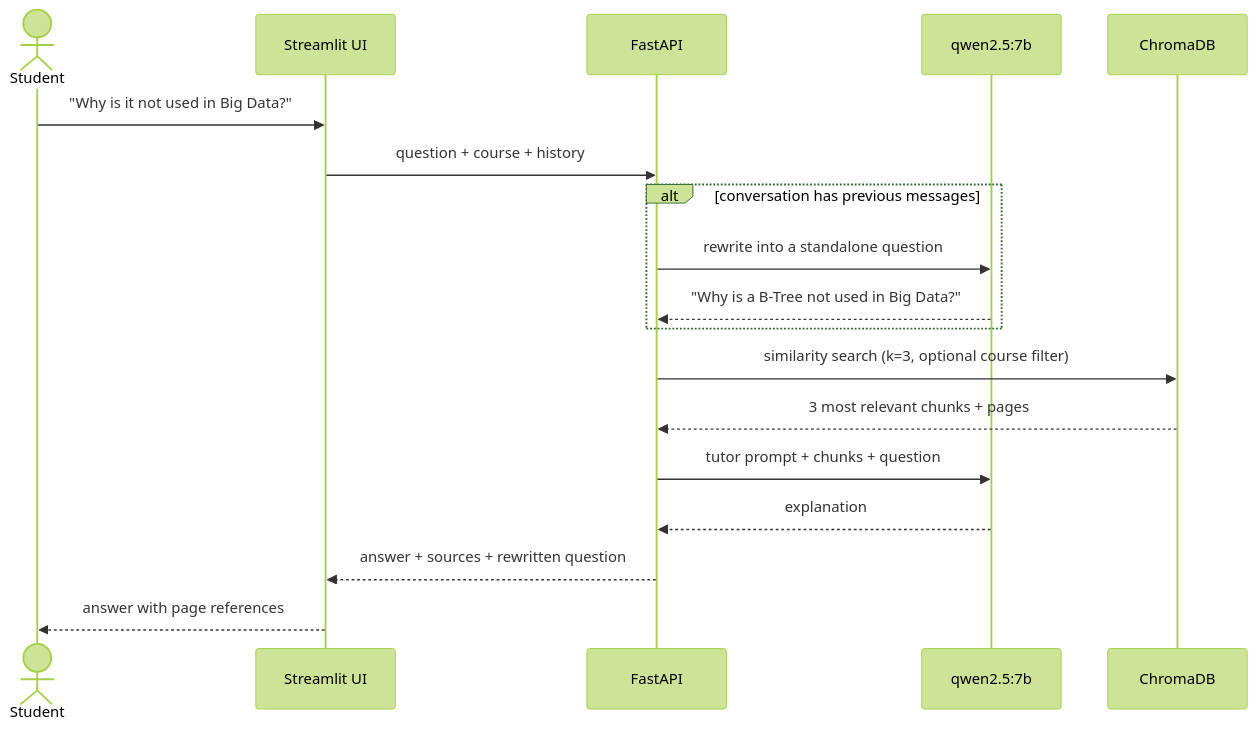
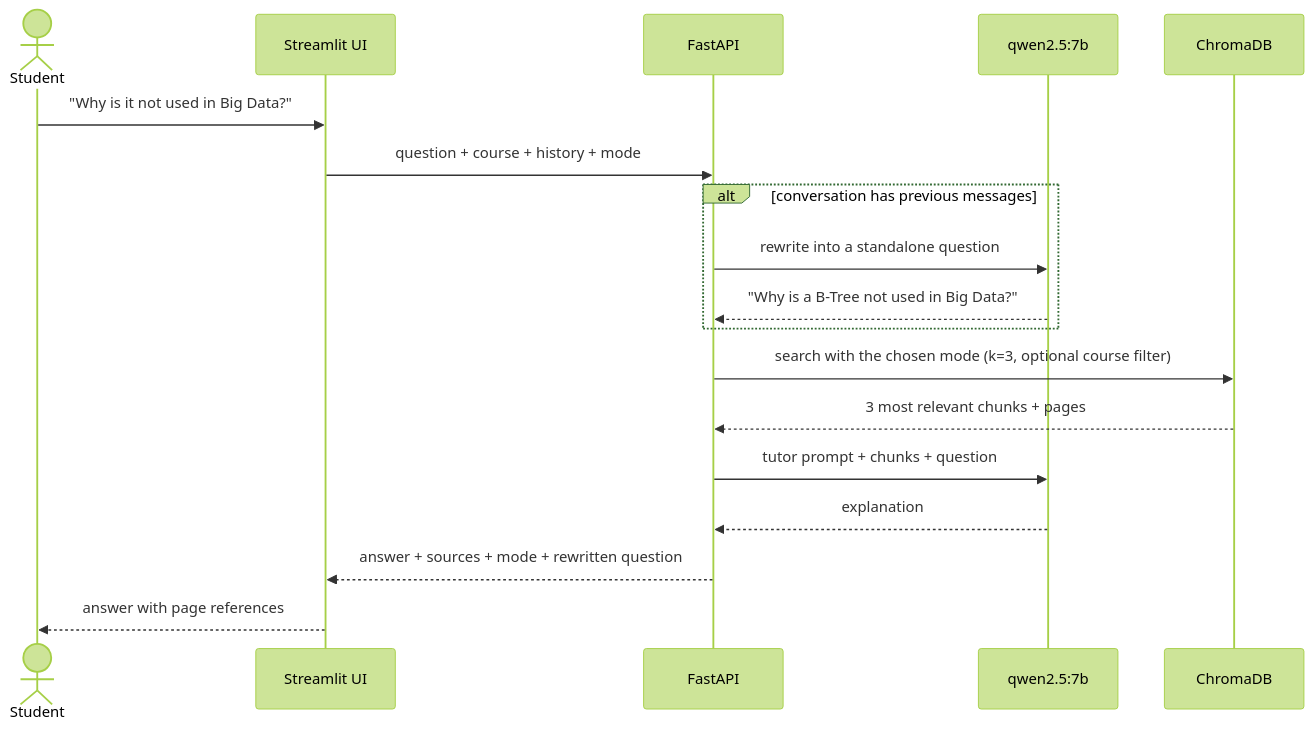
The third of 4 diagrams in README.md (zeineb-daly/RAG), drawn with Mermaid (forest theme) before and after one commit. The commit also changed other lines of this file, not shown here.

````diff
--- a/README.md
+++ b/README.md
@@ -130,21 +136,21 @@
 ```mermaid
 sequenceDiagram
     actor S as Student
     participant UI as Streamlit UI
     participant API as FastAPI
     participant LLM as qwen2.5:7b
     participant DB as ChromaDB
 
     S->>UI: "Why is it not used in Big Data?"
-    UI->>API: question + course + history
+    UI->>API: question + course + history + mode
     alt conversation has previous messages
         API->>LLM: rewrite into a standalone question
         LLM-->>API: "Why is a B-Tree not used in Big Data?"
     end
-    API->>DB: similarity search (k=3, optional course filter)
+    API->>DB: search with the chosen mode (k=3, optional course filter)
     DB-->>API: 3 most relevant chunks + pages
     API->>LLM: tutor prompt + chunks + question
     LLM-->>API: explanation
-    API-->>UI: answer + sources + rewritten question
+    API-->>UI: answer + sources + mode + rewritten question
     UI-->>S: answer with page references
 ```
````
